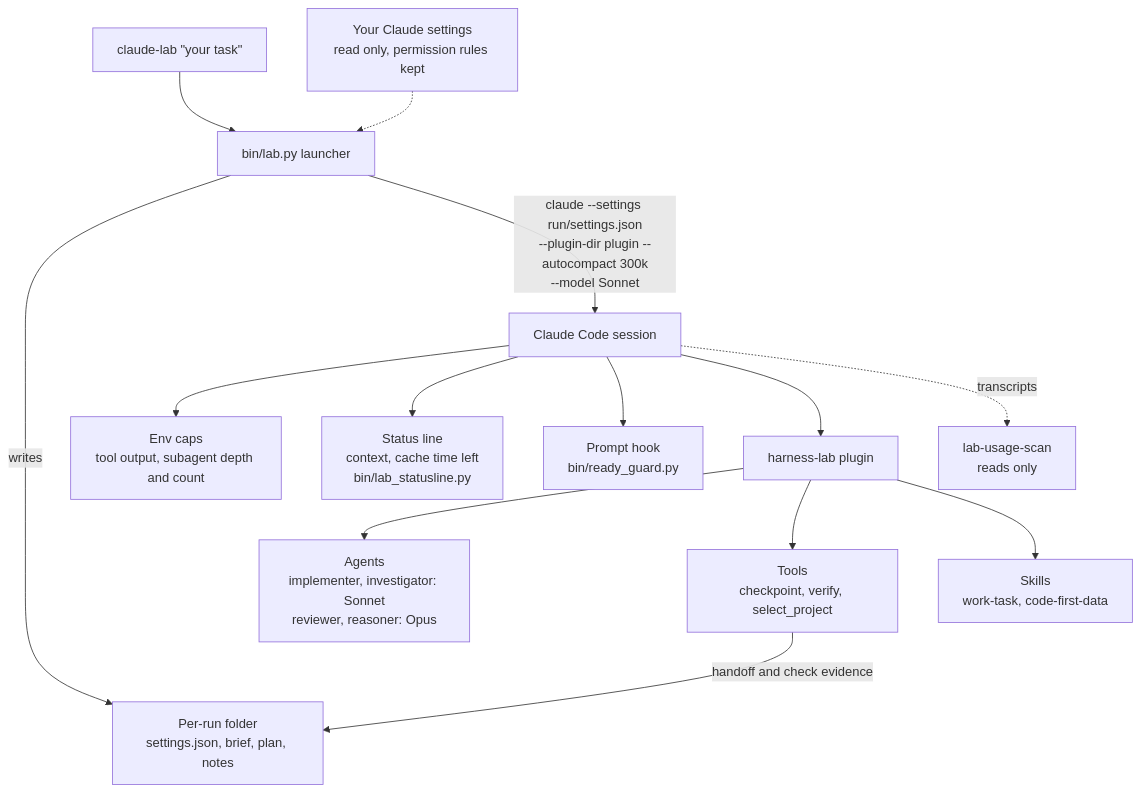
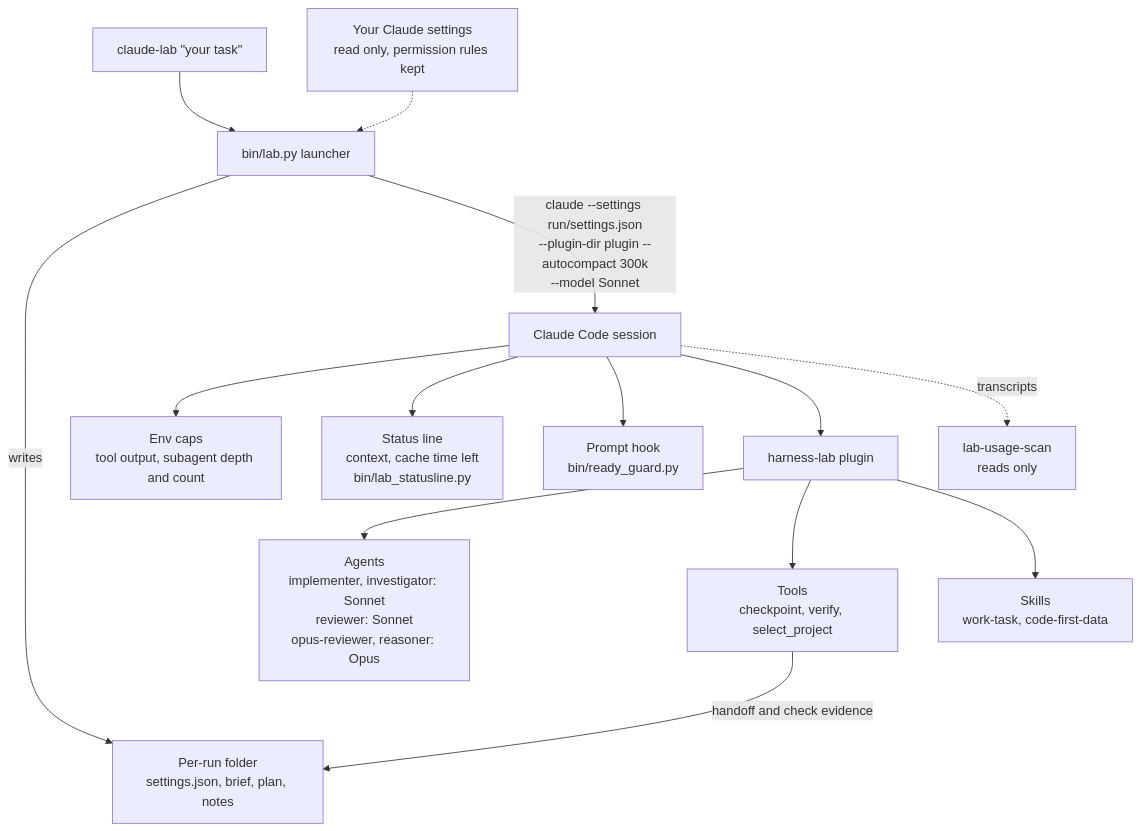
One commit to mahimn01/claude-lab changed the diagram in README.md. Above: the diagram before and after it, drawn with Mermaid. The commit also changed other lines of this file and 8 other files, not shown here.

Commit message:
Run the automatic reviewer on Sonnet; keep Opus for financial, security-sensitive or requested reviews

````diff
--- a/README.md
+++ b/README.md
@@ -63,16 +63,16 @@
 ```mermaid
 flowchart TD
     U["claude-lab &quot;your task&quot;"] --> L["bin/lab.py launcher"]
     S["Your Claude settings<br/>read only, permission rules kept"] -.-> L
     L -->|writes| R["Per-run folder<br/>settings.json, brief, plan, notes"]
     L -->|"claude --settings run/settings.json<br/>--plugin-dir plugin --autocompact 300k<br/>--model Sonnet"| C["Claude Code session"]
     C --> E["Env caps<br/>tool output, subagent depth and count"]
     C --> SL["Status line<br/>context, cache time left<br/>bin/lab_statusline.py"]
     C --> H["Prompt hook<br/>bin/ready_guard.py"]
     C --> P["harness-lab plugin"]
-    P --> A["Agents<br/>implementer, investigator: Sonnet<br/>reviewer, reasoner: Opus"]
+    P --> A["Agents<br/>implementer, investigator: Sonnet<br/>reviewer: Sonnet<br/>opus-reviewer, reasoner: Opus"]
     P --> T["Tools<br/>checkpoint, verify, select_project"]
     P --> K["Skills<br/>work-task, code-first-data"]
     T -->|"handoff and check evidence"| R
     C -.->|"transcripts"| X["lab-usage-scan<br/>reads only"]
 ```
````
